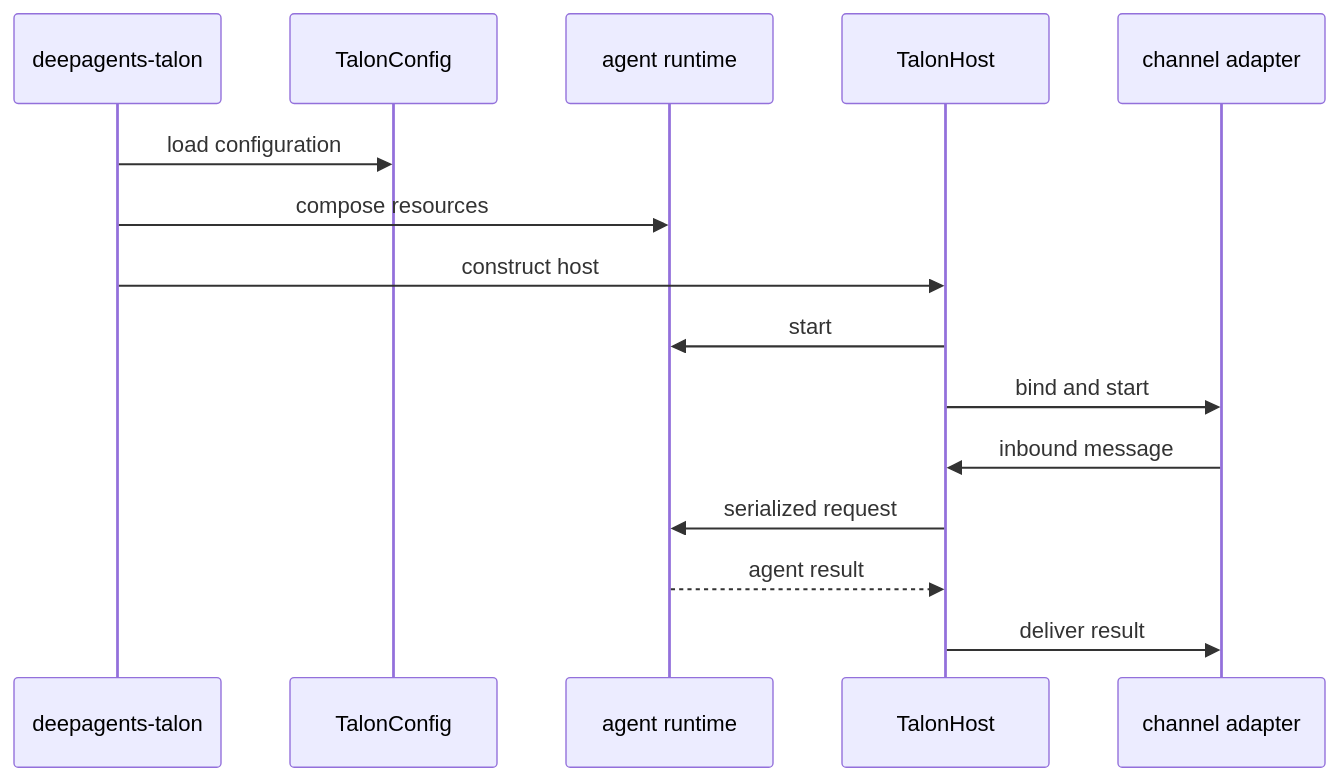
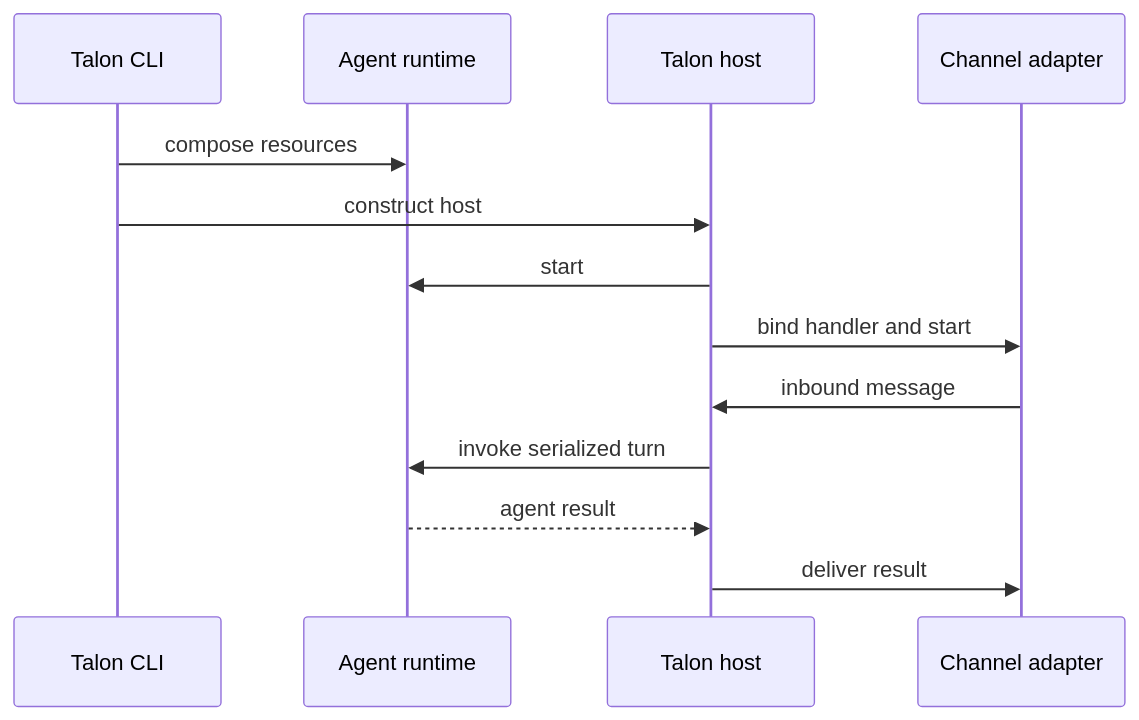
One commit to langchain-ai/deepagents changed the third of 3 diagrams in openwiki/architecture/source-map.md. Above: the diagram before and after it, drawn with Mermaid. The commit also changed other lines of this file and 47 other files, not shown here.

````diff
--- a/openwiki/architecture/source-map.md
+++ b/openwiki/architecture/source-map.md
@@ -107,17 +132,15 @@
 ```mermaid
 sequenceDiagram
-  participant CLI as deepagents-talon
-  participant Config as TalonConfig
-  participant Runtime as agent runtime
-  participant Host as TalonHost
-  participant Channel as channel adapter
-  CLI->>Config: load configuration
+  participant CLI as Talon CLI
+  participant Runtime as Agent runtime
+  participant Host as Talon host
+  participant Channel as Channel adapter
   CLI->>Runtime: compose resources
   CLI->>Host: construct host
   Host->>Runtime: start
-  Host->>Channel: bind and start
+  Host->>Channel: bind handler and start
   Channel->>Host: inbound message
-  Host->>Runtime: serialized request
+  Host->>Runtime: invoke serialized turn
   Runtime-->>Host: agent result
   Host->>Channel: deliver result
 ```
````
